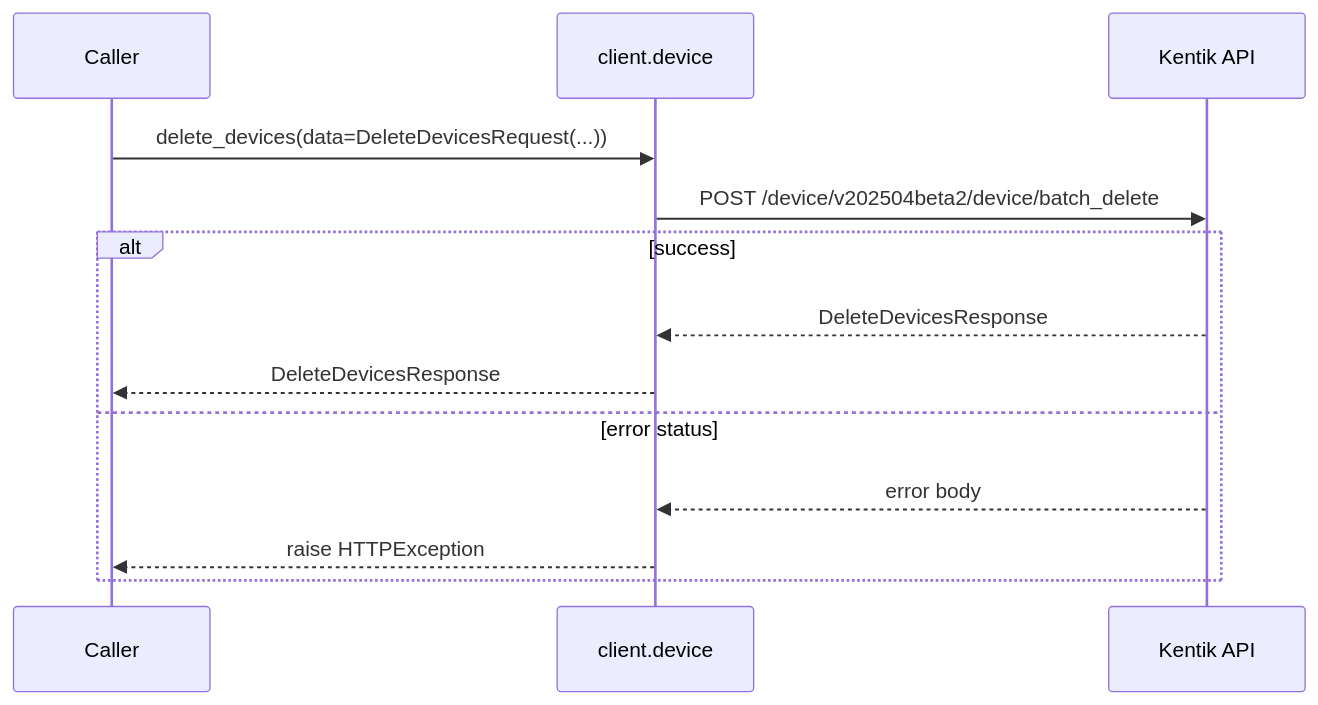
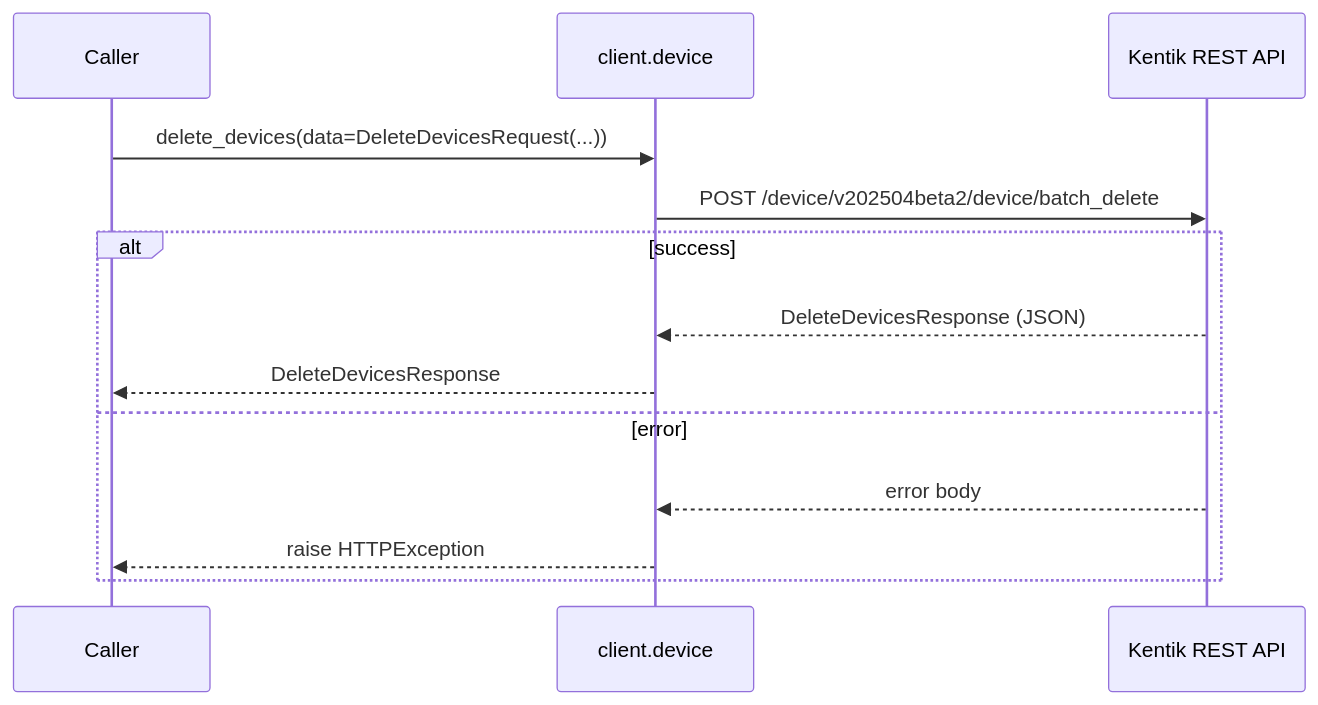
The eighth of 22 diagrams in docs/sphinx/services/device.md (alexdearaujo/community_sdk_python), drawn with Mermaid before and after one commit. The commit also changed other lines of this file and 61 other files, not shown here.

````diff
--- a/docs/sphinx/services/device.md
+++ b/docs/sphinx/services/device.md
@@ -182,16 +259,16 @@
 ```mermaid
 sequenceDiagram
     participant C as Caller
     participant W as client.device
-    participant API as Kentik API
+    participant API as Kentik REST API
 
     C->>W: delete_devices(data=DeleteDevicesRequest(...))
     W->>API: POST /device/v202504beta2/device/batch_delete
     alt success
-        API-->>W: DeleteDevicesResponse
+        API-->>W: DeleteDevicesResponse (JSON)
         W-->>C: DeleteDevicesResponse
-    else error status
+    else error
         API-->>W: error body
         W-->>C: raise HTTPException
     end
 ```
````
